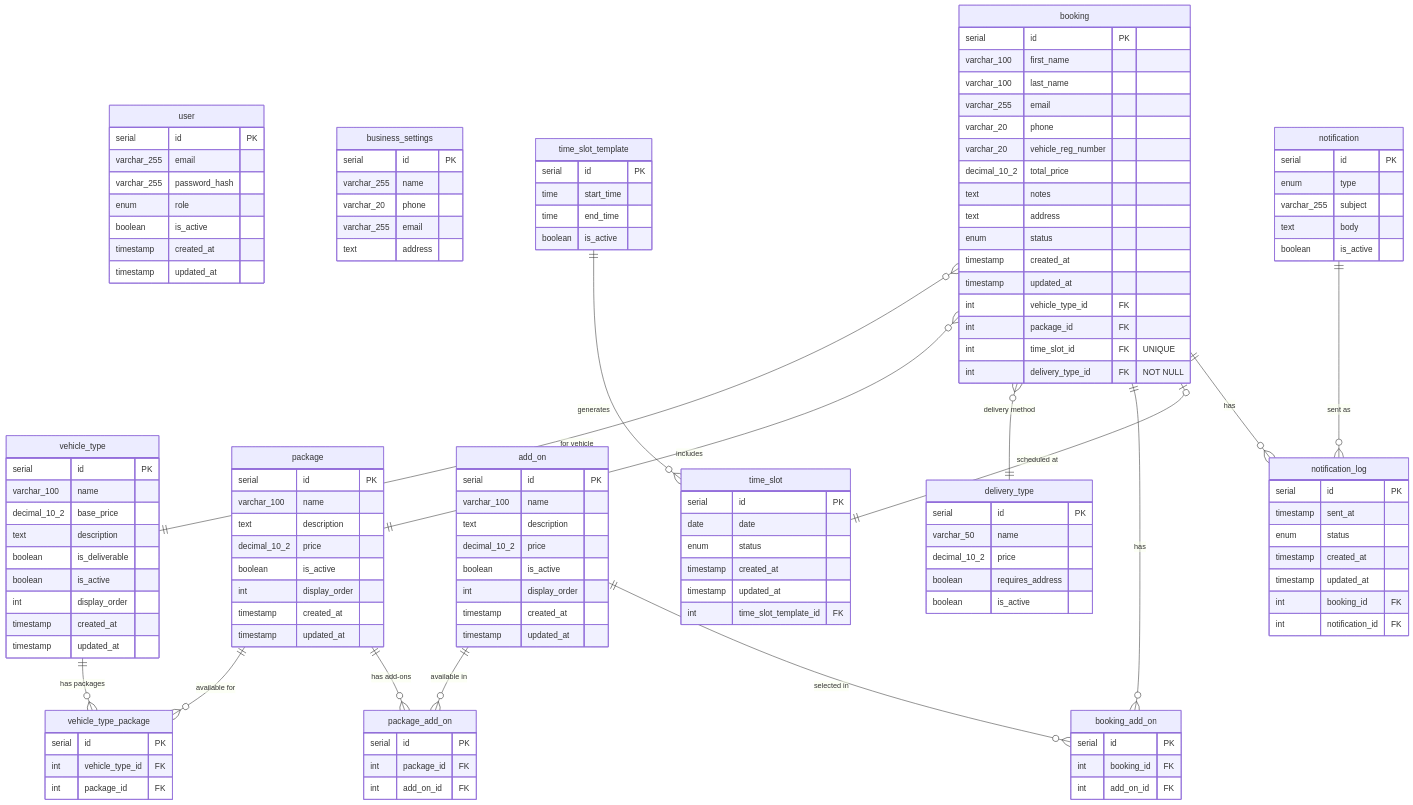
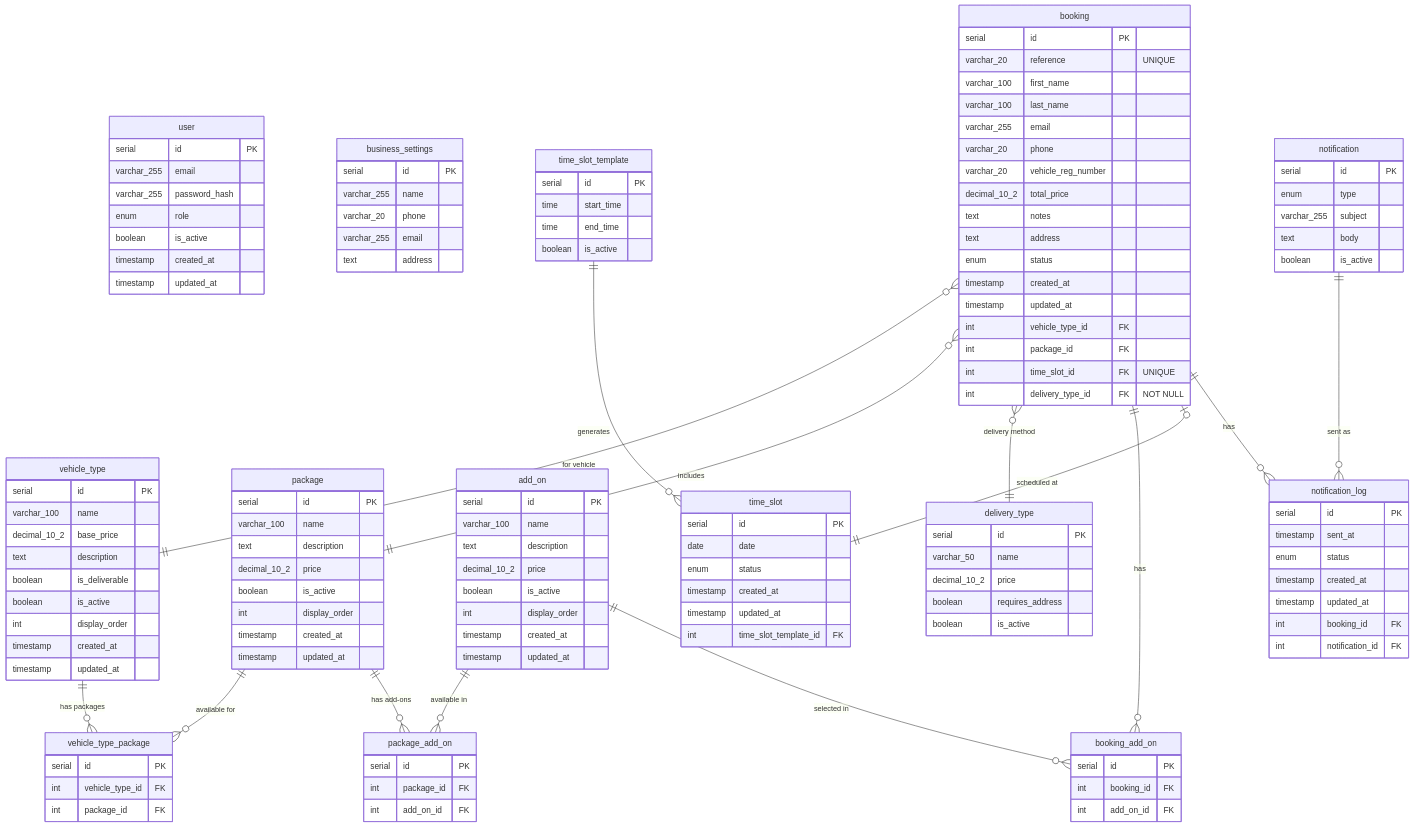
The diagram in docs/erd/v4/erd.md (aKaidalov/detailing-api), drawn with Mermaid before and after one commit.

Commit message:
docs: add missing reference field to booking entity in ERD

```diff
--- a/docs/erd/v4/erd.md
+++ b/docs/erd/v4/erd.md
@@ -98,6 +98,7 @@
 
     booking {
         serial id PK
+        varchar_20 reference "UNIQUE"
         varchar_100 first_name
         varchar_100 last_name
         varchar_255 email
```
